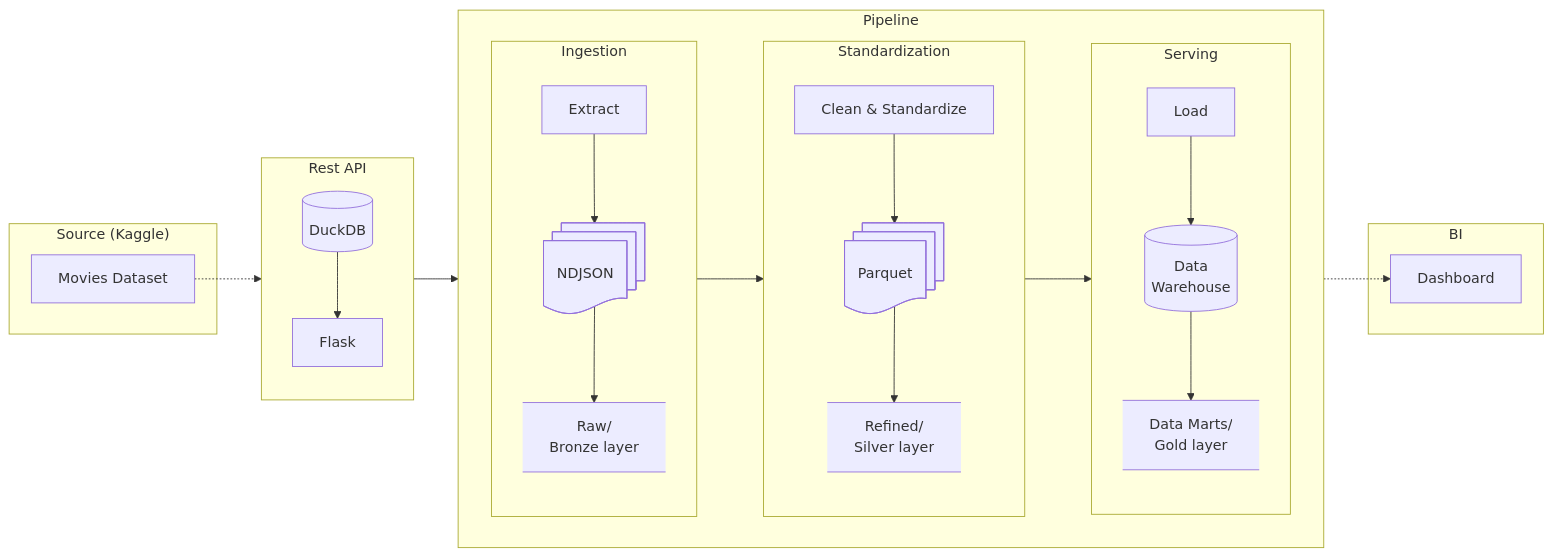
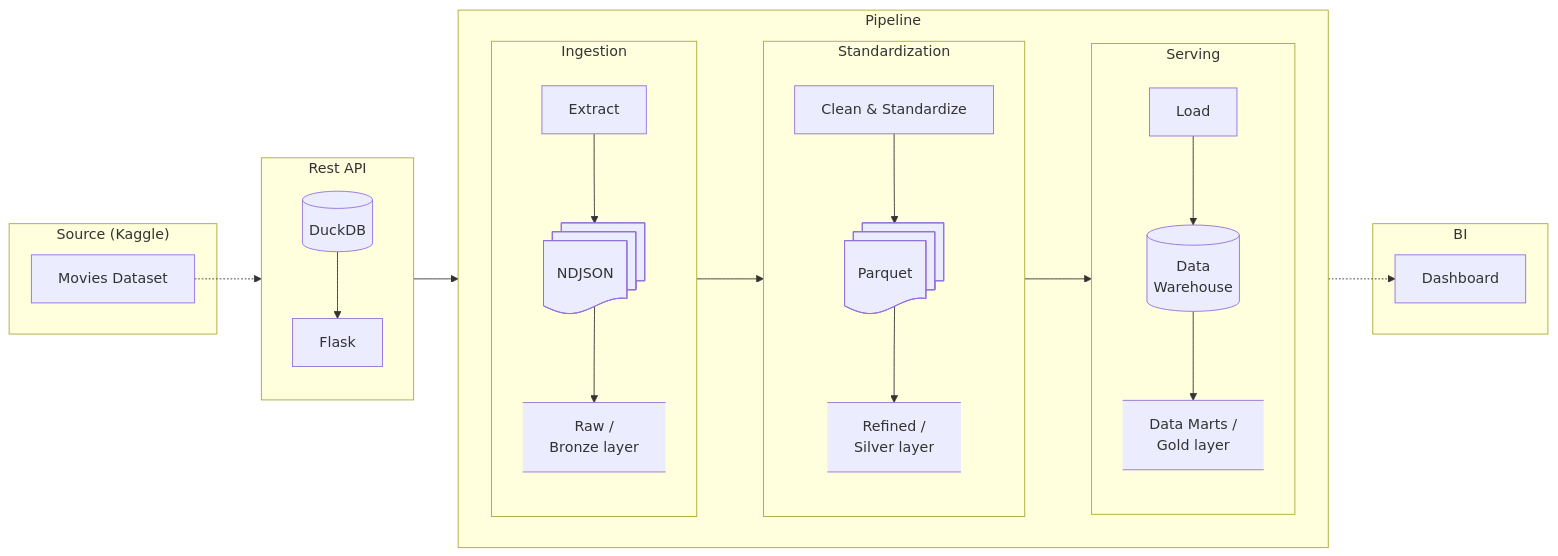
Before and after one commit to QuentinElGuay/portfolio-movies-etl: the diagram in README.md, drawn with Mermaid.

Commit message:
Fix formatting issues in README.md

````diff
--- a/README.md
+++ b/README.md
@@ -49,58 +49,58 @@
 ```mermaid
 flowchart LR
     subgraph "Source (Kaggle)"
         KAGGLE[Movies Dataset]
     end
 
     subgraph Rest API
         direction TB
         DUCKDB[(DuckDB)]
         API[Flask]
     end
 
     subgraph Pipeline
         direction LR
 
         subgraph Ingestion
             direction TB
             EXTRACT["Extract"]
             NDJSON@{ shape: docs, label: "NDJSON" }
-            BRONZE@{shape: datastore, label: "Raw/
+            BRONZE@{shape: datastore, label: "Raw /
             Bronze layer"}
         end
 
         subgraph Standardization
             direction TB
             CLEAN["Clean & Standardize"]
             PARQUET@{ shape: docs, label: "Parquet" }
-            SILVER@{shape: datastore, label: "Refined/
+            SILVER@{shape: datastore, label: "Refined /
             Silver layer"}
         end
 
         subgraph Serving
             direction TB
             LOAD["Load"]
             DW[(Data
             Warehouse)]
-            GOLD@{shape: datastore, label: "Data Marts/
+            GOLD@{shape: datastore, label: "Data Marts /
             Gold layer"}
         end
     end
 
     subgraph BI
         DASHBOARD[Dashboard]
     end
 
     KAGGLE -.-> DUCKDB
     DUCKDB --> API
     API --> EXTRACT
     EXTRACT --> NDJSON
     NDJSON --> BRONZE
     BRONZE --> CLEAN
     CLEAN --> PARQUET
     PARQUET --> SILVER
     SILVER --> LOAD
     LOAD --> DW
     DW --> GOLD
     GOLD -.-> DASHBOARD
 ```
````
